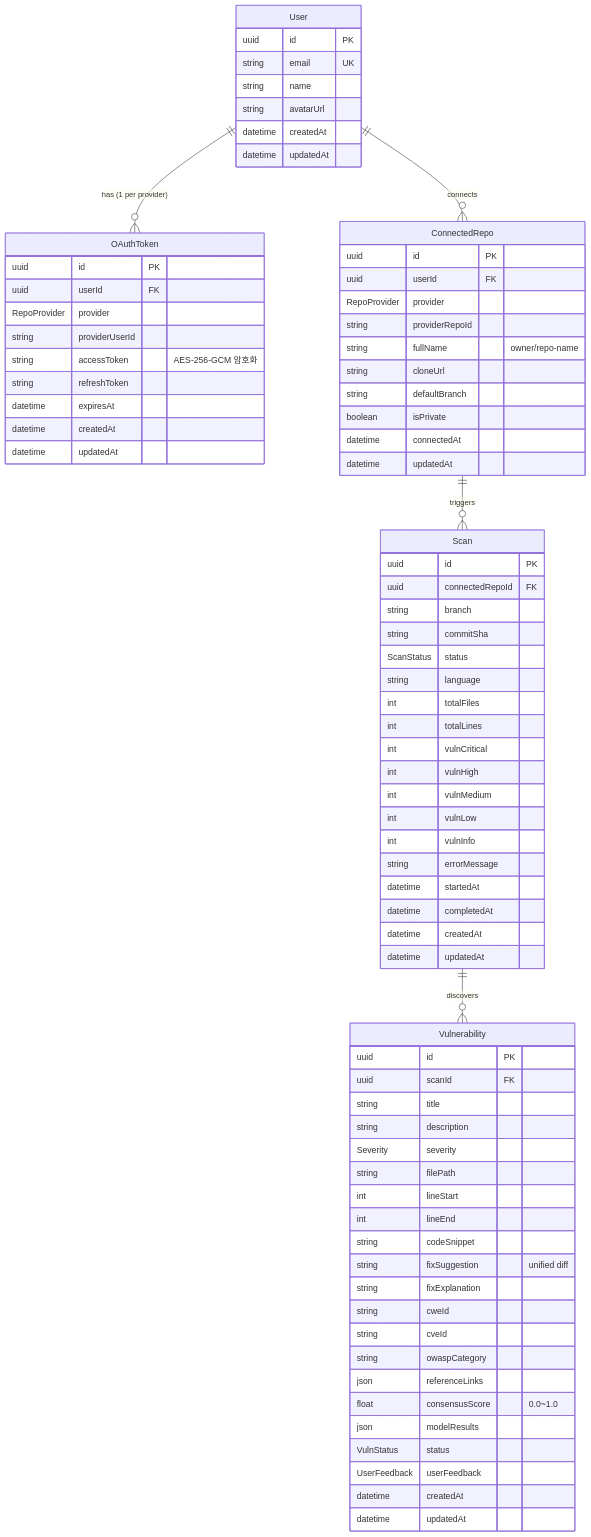
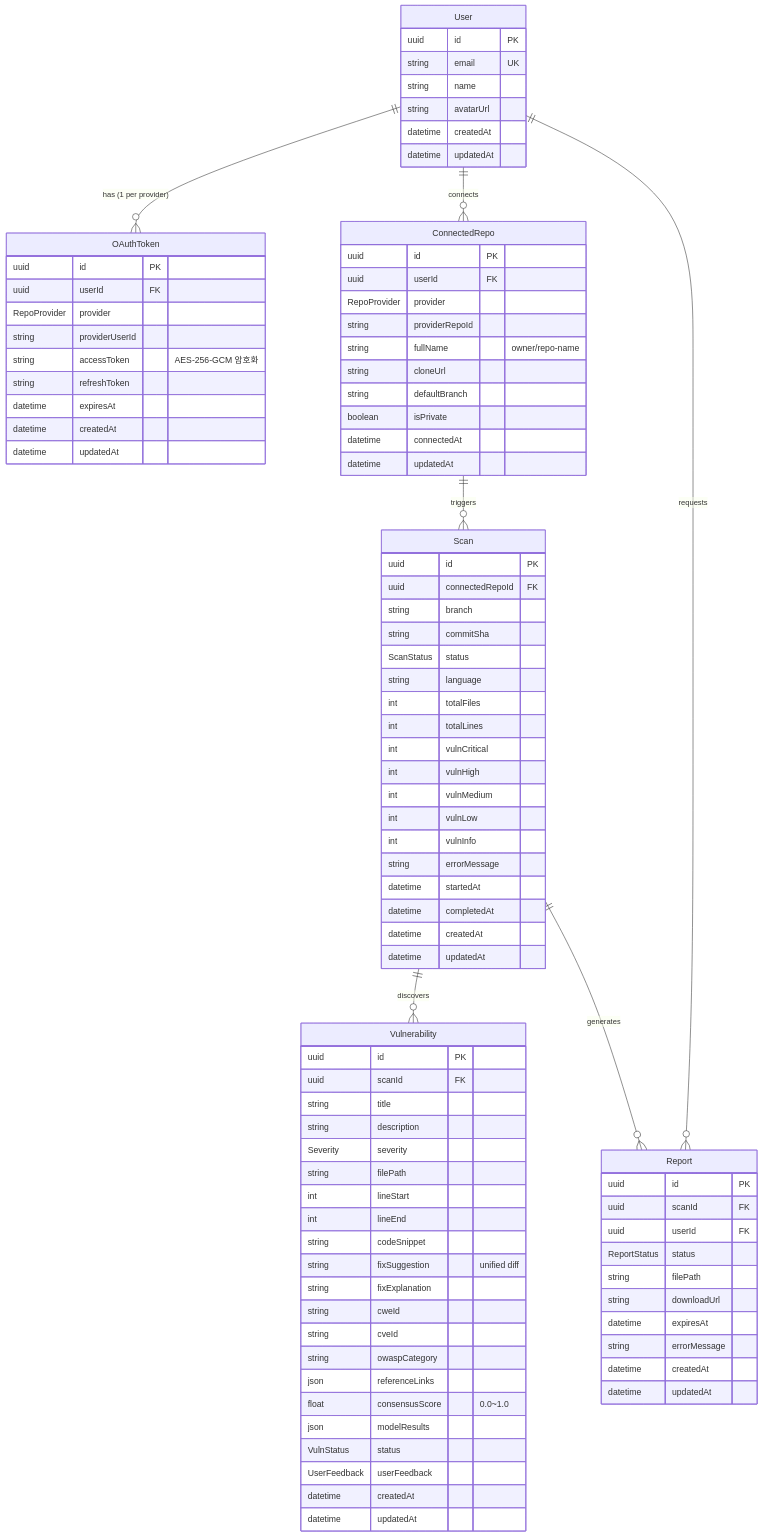
Before and after one commit to AigisAI/AegisAI_v2: the third of 3 diagrams in spec 2.2.md, drawn with Mermaid. The commit also changed other lines of this file, not shown here.

````diff
--- a/spec 2.2.md
+++ b/spec 2.2.md
@@ -906,9 +986,23 @@
         datetime createdAt
         datetime updatedAt
     }
+    Report {
+        uuid id PK
+        uuid scanId FK
+        uuid userId FK
+        ReportStatus status
+        string filePath
+        string downloadUrl
+        datetime expiresAt
+        string errorMessage
+        datetime createdAt
+        datetime updatedAt
+    }
 
     User ||--o{ OAuthToken : "has (1 per provider)"
     User ||--o{ ConnectedRepo : "connects"
     ConnectedRepo ||--o{ Scan : "triggers"
     Scan ||--o{ Vulnerability : "discovers"
+    Scan ||--o{ Report : "generates"
+    User ||--o{ Report : "requests"
 ```
````
